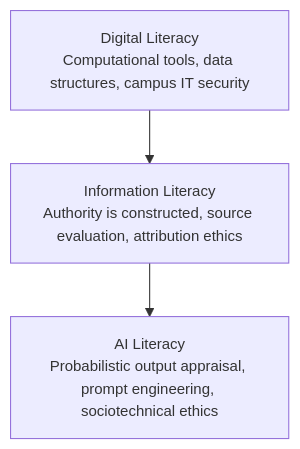
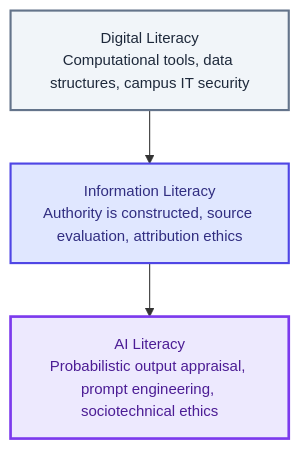
One commit to UCSB-Library-Research-Data-Services/AI-Literacy changed the second of 2 diagrams in chapters/02-definitions.qmd. Above: the diagram before and after it, drawn with Mermaid. The commit also changed other lines of this file and 16 other files, not shown here.

First line of the commit message:
Refactor Mermaid styles and enhance flowchart definitions

````diff
--- a/chapters/02-definitions.qmd
+++ b/chapters/02-definitions.qmd
@@ -100,14 +108,22 @@
 ```{mermaid}
 %%| fig-cap: "Convergence of Digital, Information, and AI Literacies"
 %%{init: {'flowchart': {'htmlLabels': false}, 'themeVariables': {'fontSize': '14px'}}}%%
 flowchart TD
     DL["`Digital Literacy
          Computational tools, data structures, campus IT security`"]
     IL["`Information Literacy
          Authority is constructed, source evaluation, attribution ethics`"]
     AL["`AI Literacy
     Probabilistic output appraisal, prompt engineering, sociotechnical ethics`"]
 
     DL --> IL
     IL --> AL
+
+    classDef digital fill:#f1f5f9,stroke:#64748b,stroke-width:2px,color:#1e293b;
+    classDef info fill:#e0e7ff,stroke:#4f46e5,stroke-width:2px,color:#312e81;
+    classDef ai fill:#ede9fe,stroke:#7c3aed,stroke-width:2.5px,color:#4c1d95;
+
+    class DL digital;
+    class IL info;
+    class AL ai;
 ```
````
